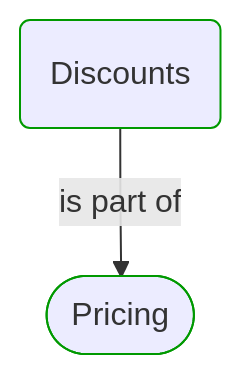
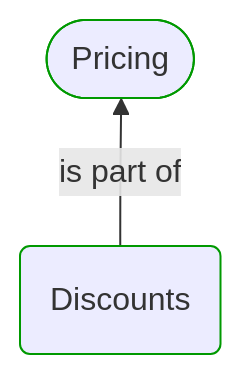
One commit to itlibrium/DDD-starter-dotnet changed the first of 5 diagrams in Docs/P3/MermaidOutput/Modules/Sales/Pricing/Discounts/Discounts.md. Above: the diagram before and after it, drawn with Mermaid. The commit also changed other lines of this file and 174 other files, not shown here.

````diff
--- a/Docs/P3/MermaidOutput/Modules/Sales/Pricing/Discounts/Discounts.md
+++ b/Docs/P3/MermaidOutput/Modules/Sales/Pricing/Discounts/Discounts.md
@@ -20,11 +20,14 @@
 ```mermaid
   flowchart TB
-    0(Discounts)
+    0([Pricing])
     class 0 DomainPerspective
-    1([Pricing])
+    1(Discounts)
     class 1 DomainPerspective
-    0-->|is part of|1
+    0---1
+    1-->|is part of|0
+    1---0
+    linkStyle 0,2 stroke:none
     classDef DomainPerspective stroke:#009900
     classDef TechnologyPerspective stroke:#1F41EB
     classDef PeoplePerspective stroke:#FFF014
 ```
````
